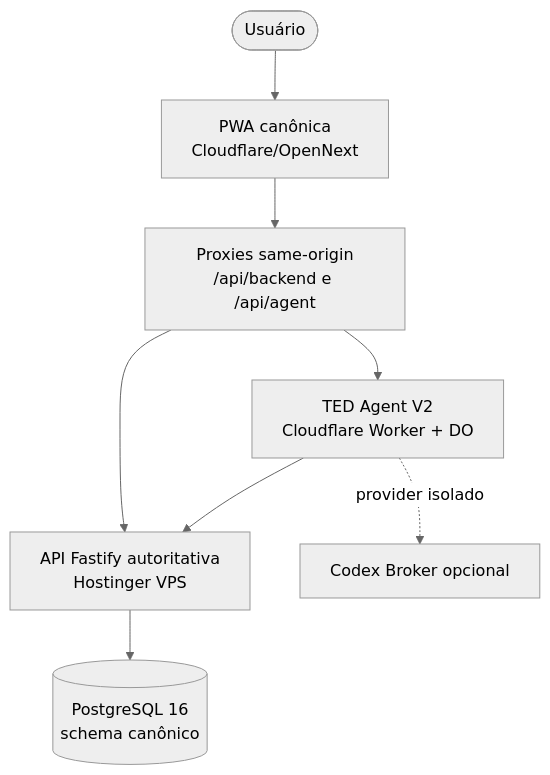
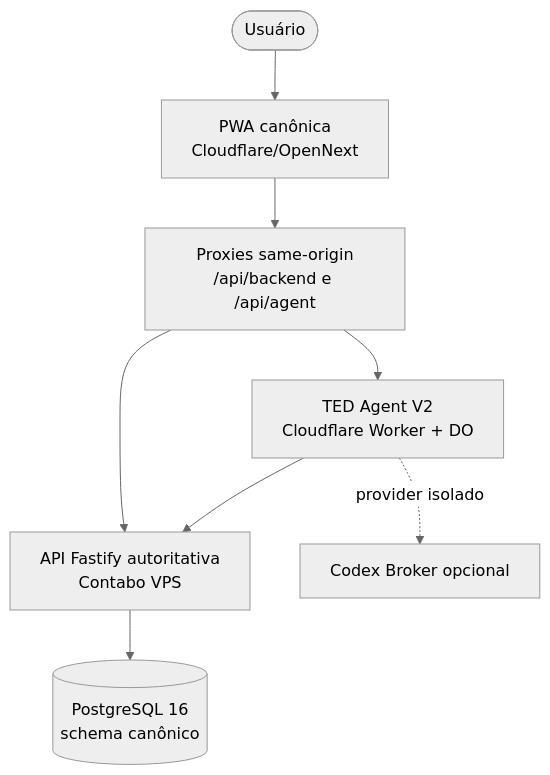
Before and after one commit to kust-projetos/meu-ted: the diagram in docs/ARCHITECTURE-CURRENT.md, drawn with Mermaid (neutral theme). The commit also changed other lines of this file and 23 other files, not shown here.

````diff
--- a/docs/ARCHITECTURE-CURRENT.md
+++ b/docs/ARCHITECTURE-CURRENT.md
@@ -8,10 +8,10 @@
 ```mermaid
 graph TD
     User([Usuário]) --> PWA[PWA canônica<br/>Cloudflare/OpenNext]
     PWA --> Proxy[Proxies same-origin<br/>/api/backend e /api/agent]
-    Proxy --> API[API Fastify autoritativa<br/>Hostinger VPS]
+    Proxy --> API[API Fastify autoritativa<br/>Contabo VPS]
     Proxy --> Agent[TED Agent V2<br/>Cloudflare Worker + DO]
     Agent --> API
     Agent -. provider isolado .-> Broker[Codex Broker opcional]
     API --> Postgres[(PostgreSQL 16<br/>schema canônico)]
 ```
````
